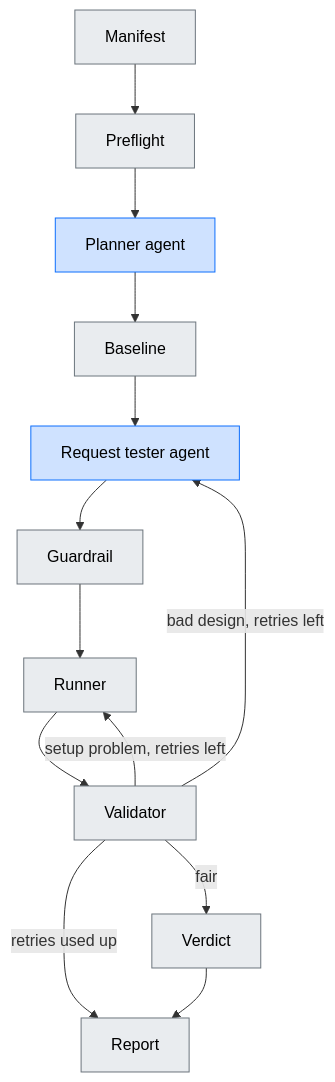
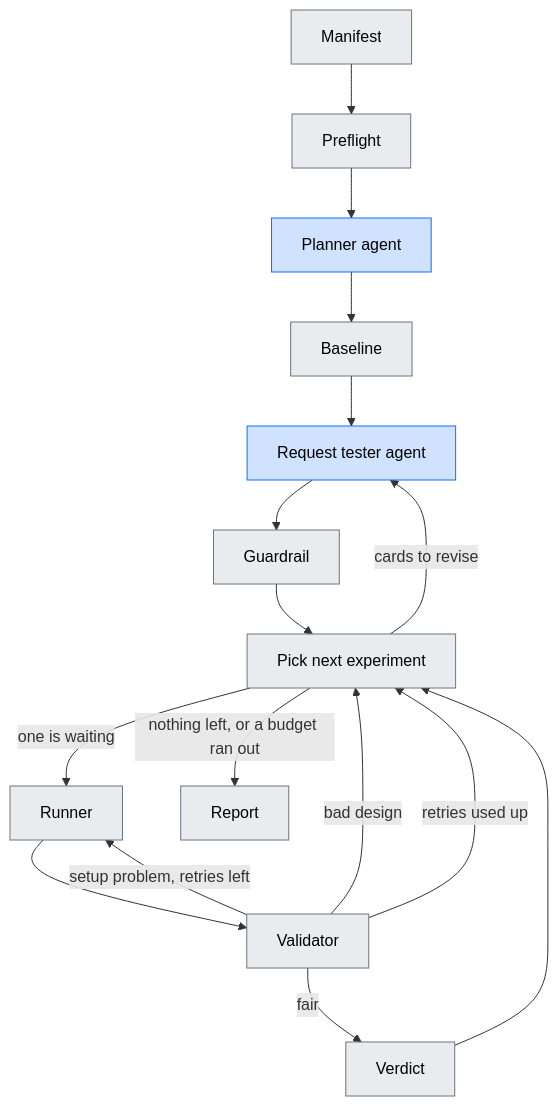
One commit to AymenZ/Chaos-testing-multi-agent-system changed the first of 2 diagrams in README.md. Above: the diagram before and after it, drawn with Mermaid. The commit also changed other lines of this file, not shown here.

Commit message:
Update the README for the built graph and the first full run

````diff
--- a/README.md
+++ b/README.md
@@ -18,20 +18,23 @@
 ```mermaid
 flowchart TD
     A["Manifest"] --> B["Preflight"]
     B --> C["Planner agent"]
     C --> D["Baseline"]
     D --> E["Request tester agent"]
     E --> F["Guardrail"]
-    F --> G["Runner"]
+    F --> P["Pick next experiment"]
+    P -->|"one is waiting"| G["Runner"]
+    P -->|"cards to revise"| E
+    P -->|"nothing left, or a budget ran out"| R["Report"]
     G --> H["Validator"]
     H -->|"setup problem, retries left"| G
-    H -->|"bad design, retries left"| E
-    H -->|"retries used up"| R["Report"]
+    H -->|"bad design"| P
+    H -->|"retries used up"| P
     H -->|"fair"| I["Verdict"]
-    I --> R
+    I --> P
 
     classDef agent fill:#cfe2ff,stroke:#0d6efd,color:#000
     classDef code fill:#e9ecef,stroke:#6c757d,color:#000
     class C,E agent
-    class A,B,D,F,G,H,I,R code
+    class A,B,D,F,P,G,H,I,R code
 ```
````
